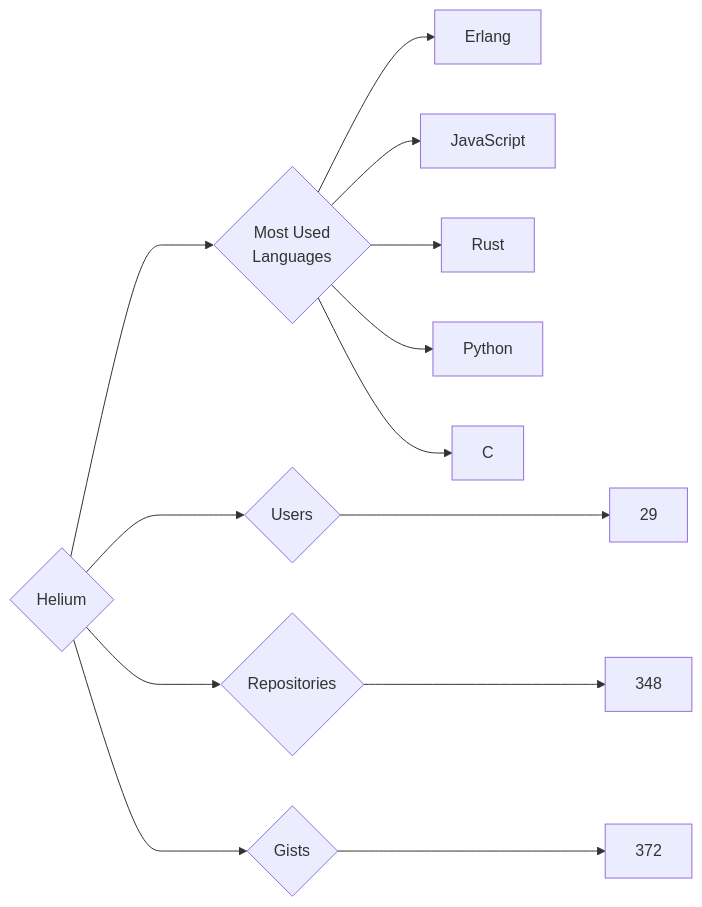
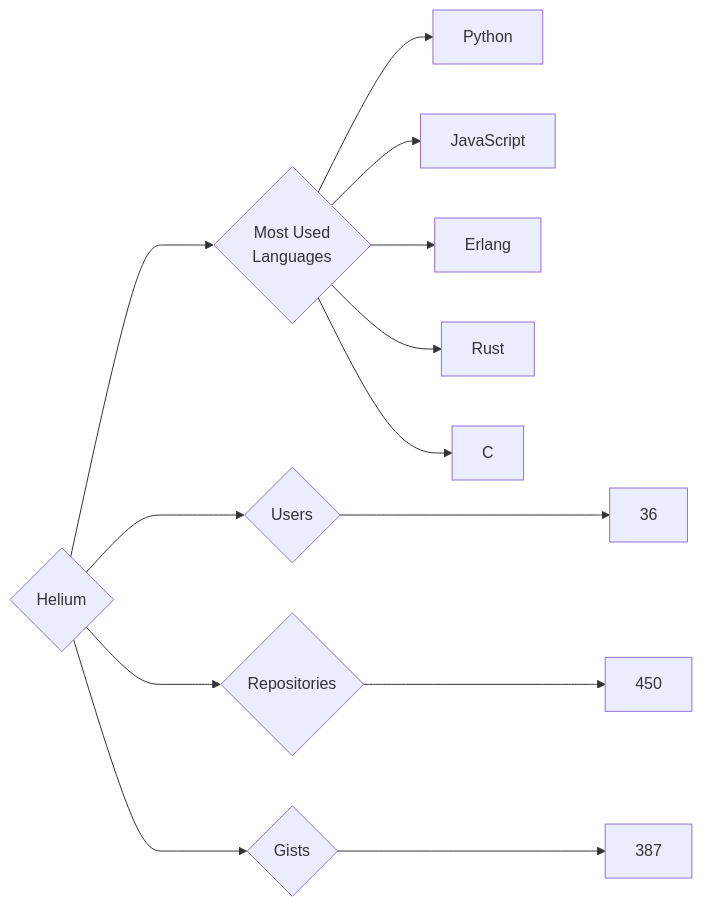
The diagram in targets/Helium/README.md (trickest/insiders), drawn with Mermaid before and after one commit. The commit also changed 837 other files, not shown here.

````diff
--- a/targets/Helium/README.md
+++ b/targets/Helium/README.md
@@ -3,13 +3,13 @@
 ```mermaid
 graph LR
 COMPANY_NAME{Helium}
-COMPANY_NAME ---> U{Users} ---> UN[29]
-COMPANY_NAME ---> R{Repositories} ---> RN[348]
-COMPANY_NAME ---> G{Gists} ---> GN[372]
+COMPANY_NAME ---> U{Users} ---> UN[36]
+COMPANY_NAME ---> R{Repositories} ---> RN[450]
+COMPANY_NAME ---> G{Gists} ---> GN[387]
 COMPANY_NAME ---> ML{Most Used<br>Languages}
+ML --> Python[Python]
+ML --> JavaScript[JavaScript]
 ML --> Erlang[Erlang]
-ML --> JavaScript[JavaScript]
 ML --> Rust[Rust]
-ML --> Python[Python]
 ML --> C[C]
 ```
````
